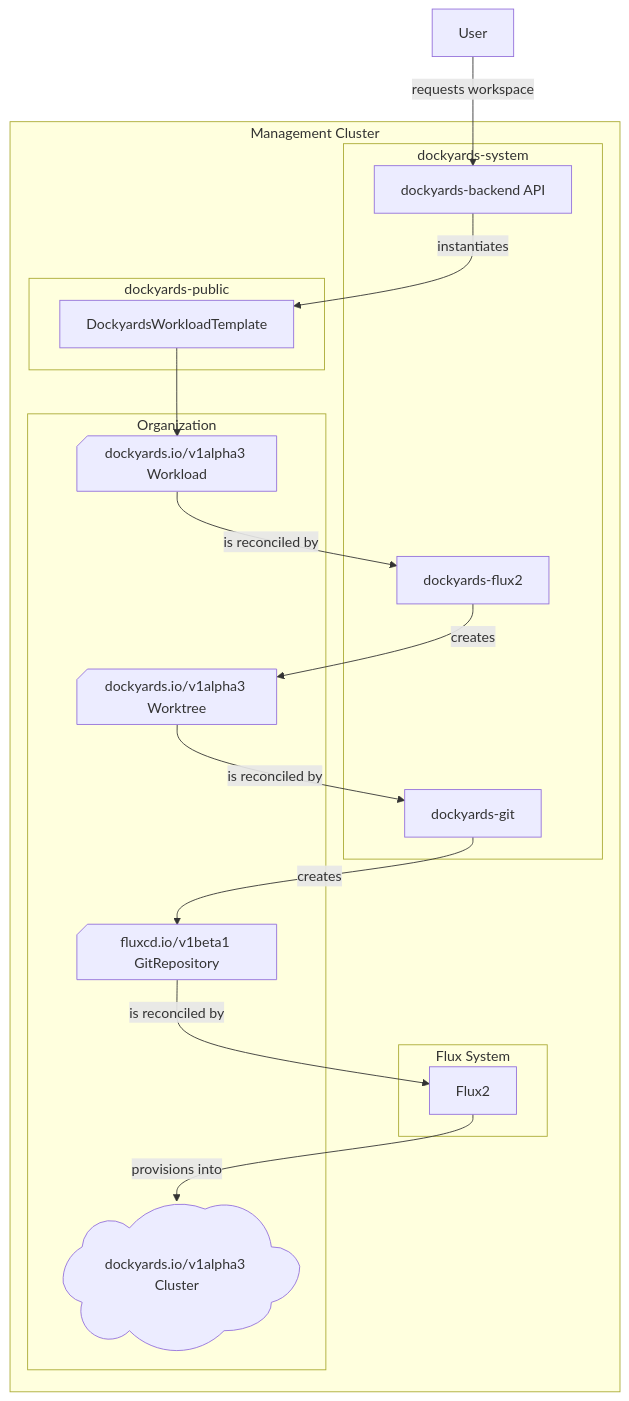
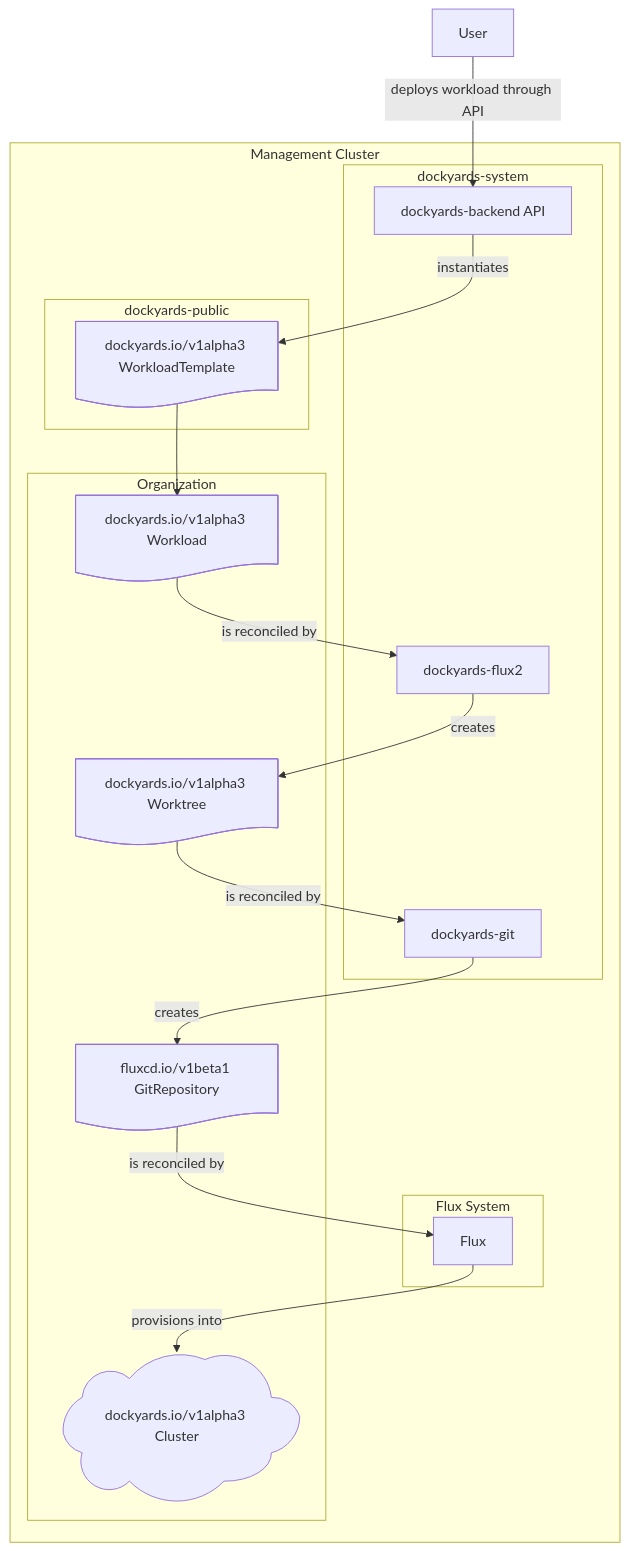
Before and after one commit to sudoswedenab/dockyards-git: the diagram in README.md, drawn with Mermaid.

````diff
--- a/README.md
+++ b/README.md
@@ -6,47 +6,47 @@
 ```mermaid
 flowchart TB
-    User
-    DockyardsBackend["dockyards-backend API"]
-    DockyardsGit["dockyards-git"]
-    DockyardsFlux2["dockyards-flux2"]
-    Flux2
-    DockyardsWorkload@{ shape: card, label: "dockyards.io/v1alpha3 Workload"}
-    DockyardsWorktree@{ shape: card, label: "dockyards.io/v1alpha3 Worktree"}
-    FluxGitRepository@{ shape: card, label: "fluxcd.io/v1beta1 GitRepository"}
-    WorkloadCluster@{ shape: cloud, label: "dockyards.io/v1alpha3 Cluster" }
+    User@{shape: rect, label: "User"}
+    DockyardsBackend@{shape: rect, label: "dockyards-backend API"}
+    DockyardsGit@{shape: rect, label: "dockyards-git"}
+    DockyardsFlux2@{shape: rect, label: "dockyards-flux2"}
+    Flux2@{shape: rect, label: "Flux"}
+    DockyardsWorkloadTemplate@{shape: doc, label: "dockyards.io/v1alpha3 WorkloadTemplate"}
+    DockyardsWorkload@{shape: doc, label: "dockyards.io/v1alpha3 Workload"}
+    DockyardsWorktree@{shape: doc, label: "dockyards.io/v1alpha3 Worktree"}
+    FluxGitRepository@{shape: doc, label: "fluxcd.io/v1beta1 GitRepository"}
+    WorkloadCluster@{shape: cloud, label: "dockyards.io/v1alpha3 Cluster"}
 
-    User -->|requests workspace| DockyardsBackend
+    User -->|deploys workload through API| DockyardsBackend
     DockyardsBackend -->|instantiates| DockyardsWorkloadTemplate
     DockyardsWorkloadTemplate --> DockyardsWorkload
 
     DockyardsWorkload -->|is reconciled by| DockyardsFlux2
-    DockyardsFlux2 --> |creates| DockyardsWorktree
+    DockyardsFlux2 -->|creates| DockyardsWorktree
     DockyardsWorktree -->|is reconciled by| DockyardsGit
     DockyardsGit -->|creates| FluxGitRepository
     FluxGitRepository -->|is reconciled by| Flux2
-    Flux2 --> |provisions into| WorkloadCluster
+    Flux2 -->|provisions into| WorkloadCluster
 
     subgraph Management Cluster
         subgraph Flux System
             Flux2
         end
 
         subgraph dockyards-system
             DockyardsBackend
             DockyardsGit
             DockyardsFlux2
         end
 
         subgraph dockyards-public
             DockyardsWorkloadTemplate
         end
 
         subgraph Organization
             DockyardsWorkload
             FluxGitRepository
             DockyardsWorktree
-
             WorkloadCluster
         end
     end
 ```
````
